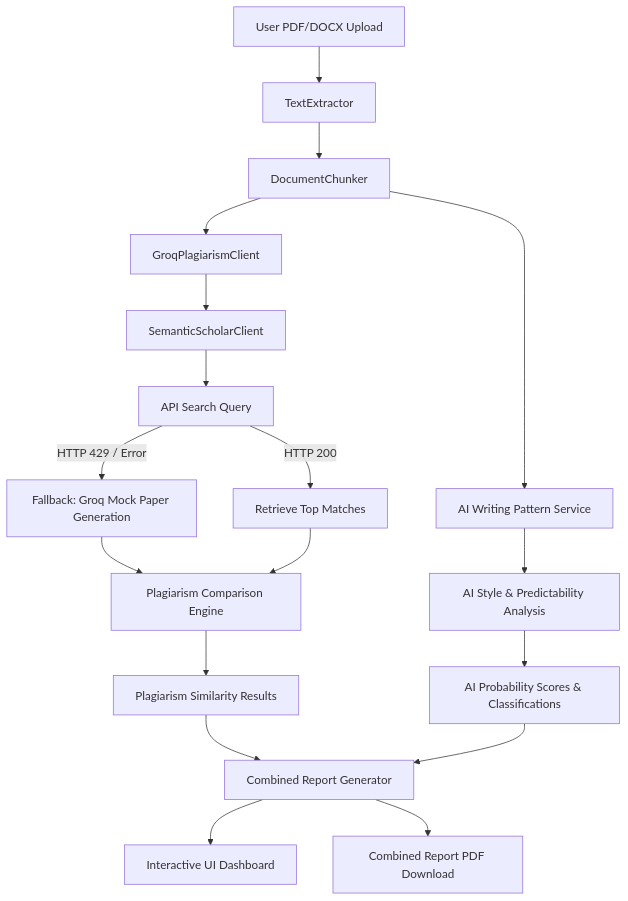
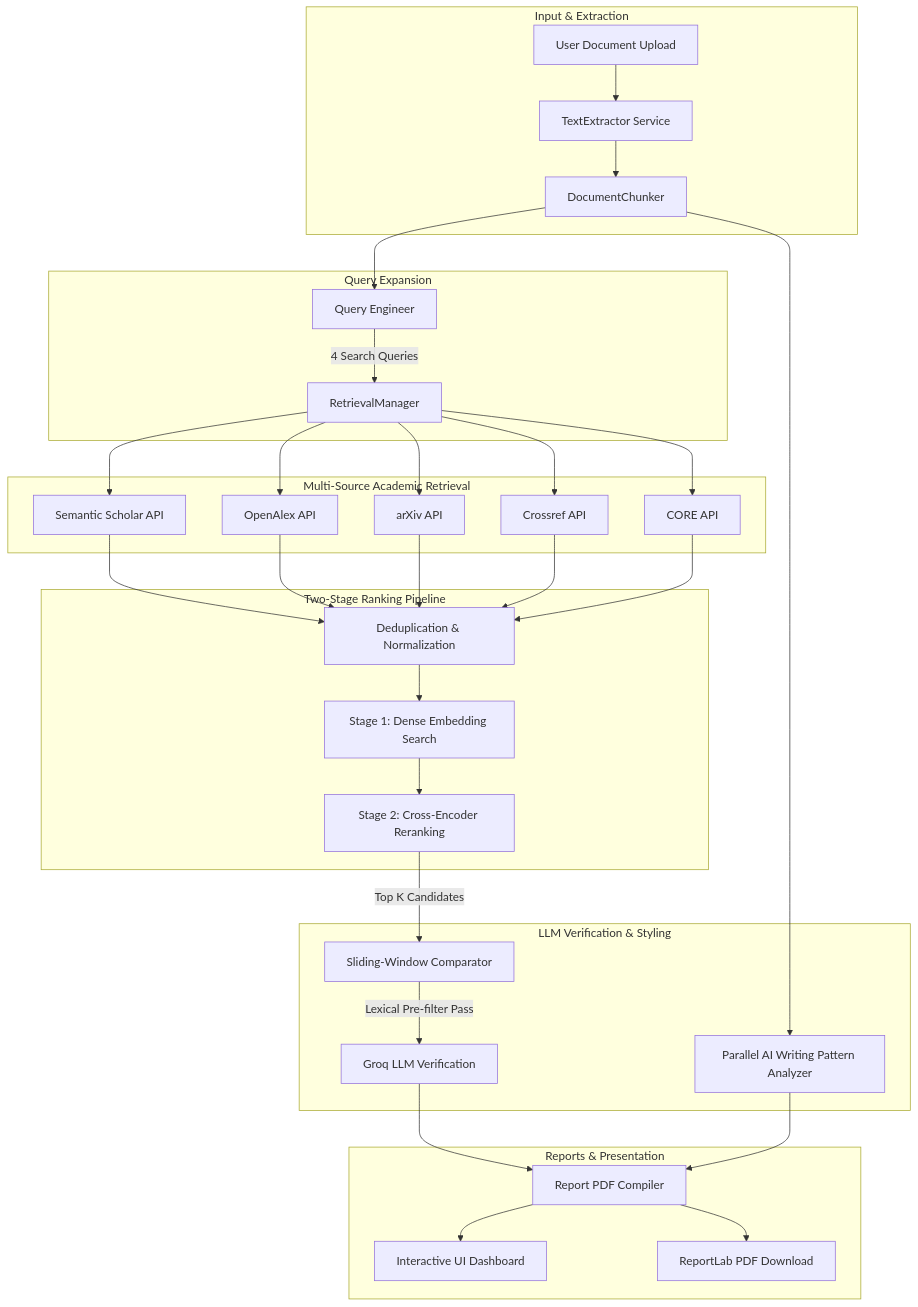
Before and after one commit to chiranjeevi7777/PlagCheck: the diagram in project_report.md, drawn with Mermaid. The commit also changed other lines of this file and 1 other file, not shown here.

Commit message:
docs: Update README and Technical Project Report to reflect RAG architecture, two-stage ranking, and Render memory optimizations

````diff
--- a/project_report.md
+++ b/project_report.md
@@ -12,26 +13,39 @@
 ```mermaid
-graph TD
-    A[User PDF/DOCX Upload] --> B[TextExtractor]
-    B --> C[DocumentChunker]
-    C --> D[GroqPlagiarismClient]
-    
-    %% Plagiarism Flow
-    D --> E[SemanticScholarClient]
-    E --> F[API Search Query]
-    F -- HTTP 429 / Error --> G[Fallback: Groq Mock Paper Generation]
-    F -- HTTP 200 --> H[Retrieve Top Matches]
-    G --> I[Plagiarism Comparison Engine]
-    H --> I
-    I --> J[Plagiarism Similarity Results]
-    
-    %% AI Pattern Flow
-    C --> K[AI Writing Pattern Service]
-    K --> L[AI Style & Predictability Analysis]
-    L --> M[AI Probability Scores & Classifications]
-    
-    %% Integration
-    J --> N[Combined Report Generator]
-    M --> N
-    N --> O[Interactive UI Dashboard]
-    N --> P[Combined Report PDF Download]
+flowchart TD
+    subgraph Input & Extraction
+        A[User Document Upload] --> B[TextExtractor Service]
+        B --> C[DocumentChunker]
+    end
+
+    subgraph Query Expansion
+        C --> D[Query Engineer]
+        D -->|4 Search Queries| E[RetrievalManager]
+    end
+
+    subgraph Multi-Source Academic Retrieval
+        E --> F1[Semantic Scholar API]
+        E --> F2[OpenAlex API]
+        E --> F3[arXiv API]
+        E --> F4[Crossref API]
+        E --> F5[CORE API]
+    end
+
+    subgraph Two-Stage Ranking Pipeline
+        F1 & F2 & F3 & F4 & F5 --> G[Deduplication & Normalization]
+        G --> H[Stage 1: Dense Embedding Search]
+        H --> I[Stage 2: Cross-Encoder Reranking]
+    end
+
+    subgraph LLM Verification & Styling
+        I -->|Top K Candidates| J[Sliding-Window Comparator]
+        J -->|Lexical Pre-filter Pass| K[Groq LLM Verification]
+        C --> L[Parallel AI Writing Pattern Analyzer]
+    end
+
+    subgraph Reports & Presentation
+        K --> M[Report PDF Compiler]
+        L --> M
+        M --> N[Interactive UI Dashboard]
+        M --> O[ReportLab PDF Download]
+    end
 ```
````
